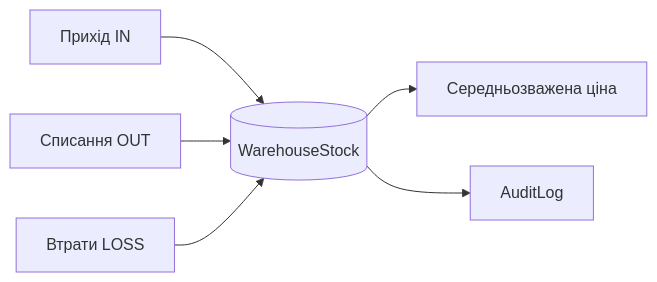
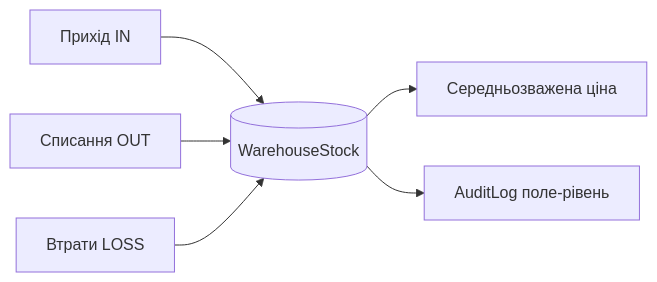
The second of 2 diagrams in README.md (cs-kpnu/build-flow), drawn with Mermaid before and after one commit. The commit also changed other lines of this file, not shown here.

Commit message:
feat: Update README with new features, management commands, and audit log details

````diff
--- a/README.md
+++ b/README.md
@@ -239,8 +278,8 @@
 ```mermaid
 flowchart LR
     A[Прихід IN] --> D[(WarehouseStock)]
     B[Списання OUT] --> D
     C[Втрати LOSS] --> D
     D --> E[Середньозважена ціна]
-    D --> F[AuditLog]
+    D --> F[AuditLog поле-рівень]
 ```
````
